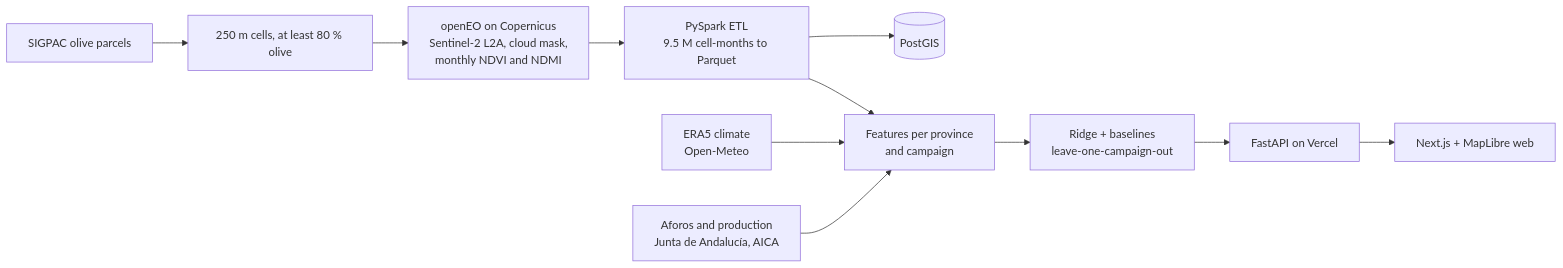
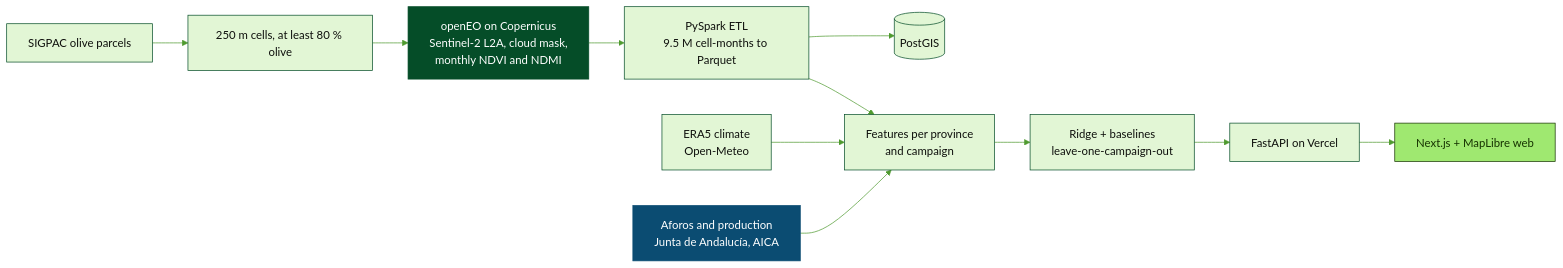
One commit to N13T4C0/oliveye changed the diagram in README.md. Above: the diagram before and after it, drawn with Mermaid. The commit also changed other lines of this file and 2 other files, not shown here.

Commit message:
docs: add banner, demo GIF, key figures and production chart to README

````diff
--- a/README.md
+++ b/README.md
@@ -61,13 +82,20 @@
 ```mermaid
+%%{init: {"theme": "base", "themeVariables": {"primaryColor": "#e2f6d5", "primaryBorderColor": "#054d28", "primaryTextColor": "#0e0f0c", "lineColor": "#4f9a2f", "fontFamily": "Inter, Segoe UI, sans-serif"}}}%%
 flowchart LR
     A[SIGPAC olive parcels] --> B[250 m cells, at least 80 % olive]
     B --> C[openEO on Copernicus<br/>Sentinel-2 L2A, cloud mask,<br/>monthly NDVI and NDMI]
     C --> D[PySpark ETL<br/>9.5 M cell-months to Parquet]
     E[ERA5 climate<br/>Open-Meteo] --> F[Features per province<br/>and campaign]
     D --> F
     G[Aforos and production<br/>Junta de Andalucía, AICA] --> F
     F --> H[Ridge + baselines<br/>leave-one-campaign-out]
     H --> I[FastAPI on Vercel]
     D --> J[(PostGIS)]
     I --> K[Next.js + MapLibre web]
+    classDef sat fill:#054d28,stroke:#054d28,color:#ffffff
+    classDef official fill:#0b4c72,stroke:#0b4c72,color:#ffffff
+    classDef product fill:#9fe870,stroke:#163300,color:#163300
+    class C sat
+    class G official
+    class K product
 ```
````
